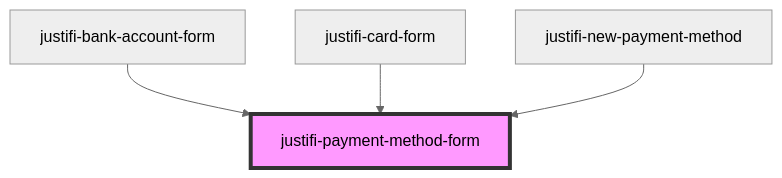
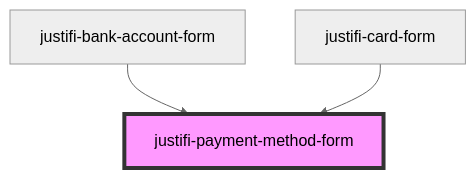
Before and after one commit to justifi-tech/web-component-library: the diagram in packages/webcomponents/src/components/payment-method-form/readme.md, drawn with Mermaid (neutral theme). The commit also changed other lines of this file and 11 other files, not shown here.

````diff
--- a/packages/webcomponents/src/components/payment-method-form/readme.md
+++ b/packages/webcomponents/src/components/payment-method-form/readme.md
@@ -77,7 +76,6 @@
 ```mermaid
 graph TD;
   justifi-bank-account-form --> justifi-payment-method-form
   justifi-card-form --> justifi-payment-method-form
-  justifi-new-payment-method --> justifi-payment-method-form
   style justifi-payment-method-form fill:#f9f,stroke:#333,stroke-width:4px
 ```
````
